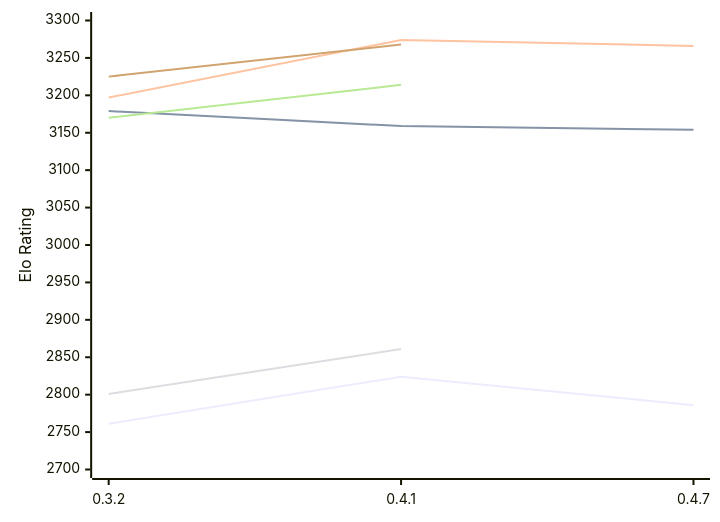
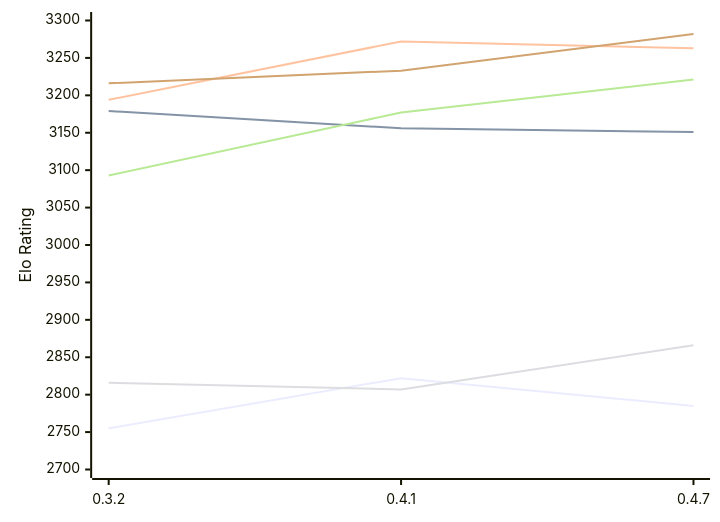
Before and after one commit to computer-chess-index/cci: the diagram in engines/Arabica.md, drawn with Mermaid. The commit also changed other lines of this file, not shown here.

Commit message:
Update CCI Ratings (ELO VLTC) - 2026-11-23

````diff
--- a/engines/Arabica.md
+++ b/engines/Arabica.md
@@ -50,12 +51,12 @@
 ```mermaid
 %%{init: {"theme":"base","themeVariables":{"seriesColors:['#a3a3a3','#222221','#faa371']}}}%%
 xychart-beta
   x-axis ["0.3.2", "0.4.1", "0.4.7"]
   y-axis "Elo Rating" 2700 --> 3300
-  line "E1: STC (8.0+0.08s)" [2761, 2824, 2786]
-  line "E1: LTC (60.0+0.60s)" [3179, 3159, 3154]
-  line "E1: VLTC (2m24s+1.12s)" [3197, 3274, 3266]
-  line "P1: STC (8.0+0.08s)" [2801, 2861]
-  line "P1: LTC (60.0+0.60s)" [3170, 3214]
-  line "P1: VLTC (2m24s+1.12s)" [3225, 3268]
+  line "E1: STC (8.0+0.08s)" [2755, 2822, 2785]
+  line "E1: LTC (60.0+0.60s)" [3179, 3156, 3151]
+  line "E1: VLTC (2m24s+1.12s)" [3194, 3272, 3263]
+  line "P1: STC (8.0+0.08s)" [2816, 2807, 2866]
+  line "P1: LTC (60.0+0.60s)" [3093, 3177, 3221]
+  line "P1: VLTC (2m24s+1.12s)" [3216, 3233, 3282]
 ```
````
